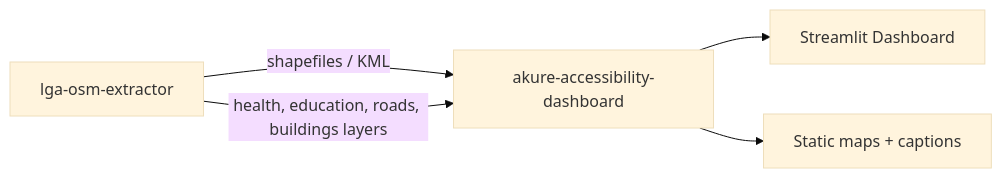
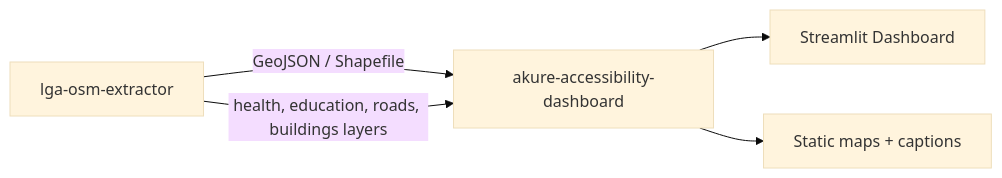
One commit to Mapkathon2026-UseOSM/UseOSM_Mapkathon-Submission-documentation changed the diagram in docs/index.md. Above: the diagram before and after it, drawn with Mermaid (base theme). The commit also changed other lines of this file and 26 other files, not shown here.

````diff
--- a/docs/index.md
+++ b/docs/index.md
@@ -42,7 +42,7 @@
 ```mermaid
 flowchart LR
-    A[lga-osm-extractor] -->|shapefiles / KML| B[akure-accessibility-dashboard]
+    A[lga-osm-extractor] -->|GeoJSON / Shapefile| B[akure-accessibility-dashboard]
     A -->|health, education, roads, buildings layers| B
     B --> C[Streamlit Dashboard]
     B --> D[Static maps + captions]
 ```
````
